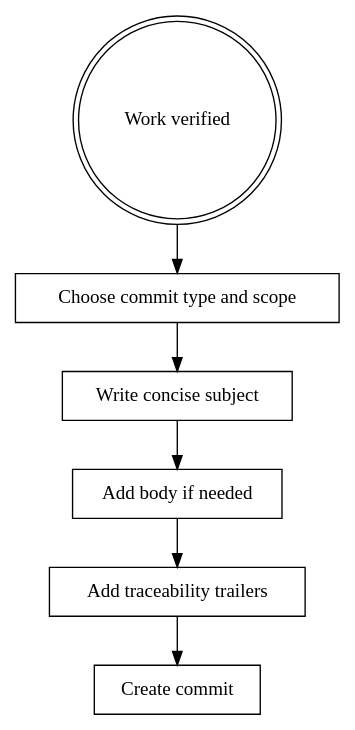
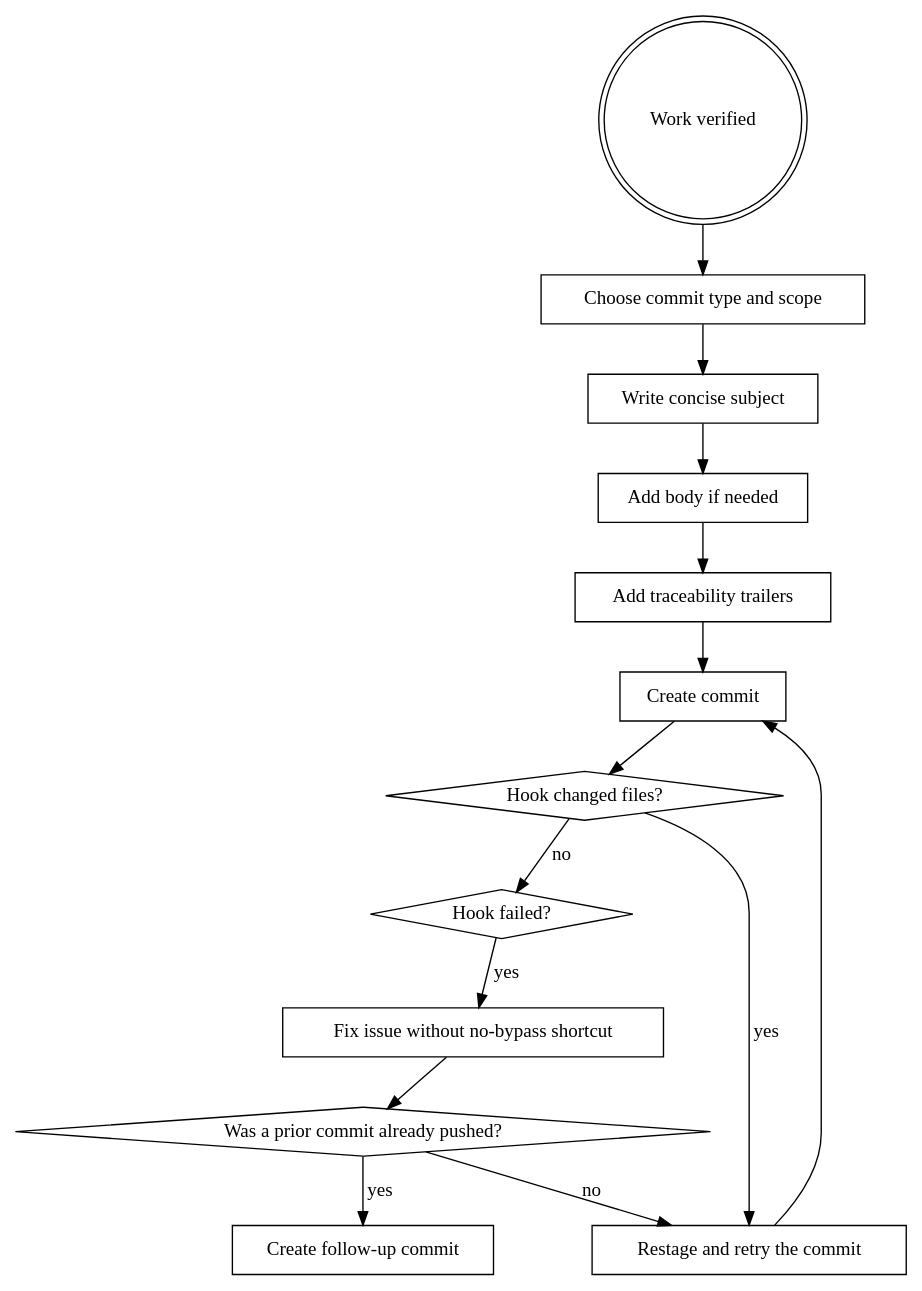
The diagram in skills/commit/SKILL.md (nhd2106/imitation-machine), drawn with Graphviz before and after one commit. The commit also changed other lines of this file and 13 other files, not shown here.

````diff
--- a/skills/commit/SKILL.md
+++ b/skills/commit/SKILL.md
@@ -18,16 +20,30 @@
 ```dot
 digraph commit_flow {
   "Work verified" [shape=doublecircle];
   "Choose commit type and scope" [shape=box];
   "Write concise subject" [shape=box];
   "Add body if needed" [shape=box];
   "Add traceability trailers" [shape=box];
   "Create commit" [shape=box];
+  "Hook changed files?" [shape=diamond];
+  "Restage and retry the commit" [shape=box];
+  "Hook failed?" [shape=diamond];
+  "Fix issue without no-bypass shortcut" [shape=box];
+  "Was a prior commit already pushed?" [shape=diamond];
+  "Create follow-up commit" [shape=box];
 
   "Work verified" -> "Choose commit type and scope";
   "Choose commit type and scope" -> "Write concise subject";
   "Write concise subject" -> "Add body if needed";
   "Add body if needed" -> "Add traceability trailers";
   "Add traceability trailers" -> "Create commit";
+  "Create commit" -> "Hook changed files?";
+  "Hook changed files?" -> "Restage and retry the commit" [label="yes"];
+  "Restage and retry the commit" -> "Create commit";
+  "Hook changed files?" -> "Hook failed?" [label="no"];
+  "Hook failed?" -> "Fix issue without no-bypass shortcut" [label="yes"];
+  "Fix issue without no-bypass shortcut" -> "Was a prior commit already pushed?";
+  "Was a prior commit already pushed?" -> "Create follow-up commit" [label="yes"];
+  "Was a prior commit already pushed?" -> "Restage and retry the commit" [label="no"];
 }
 ```
````
